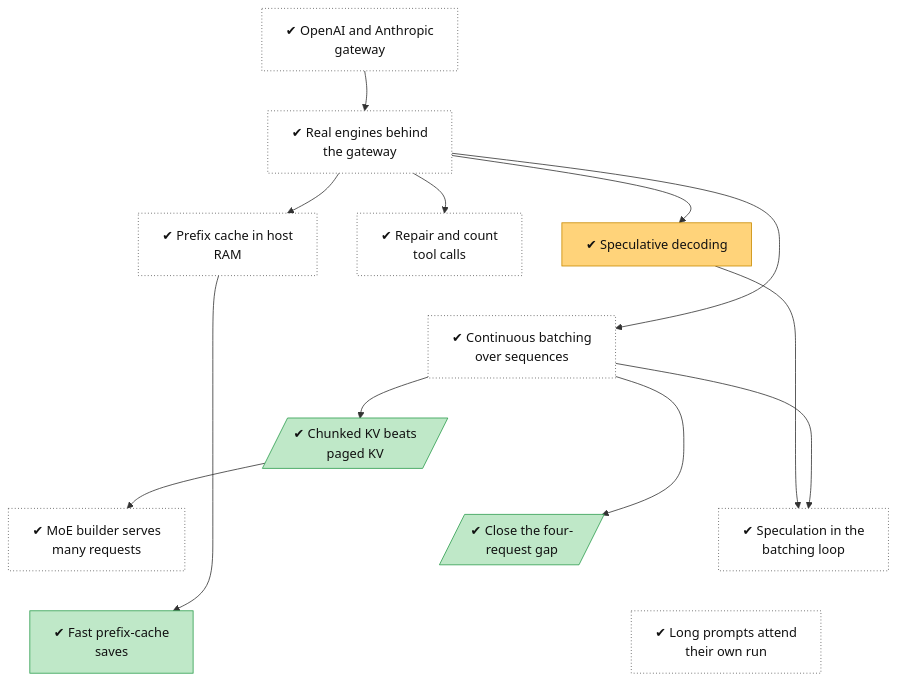
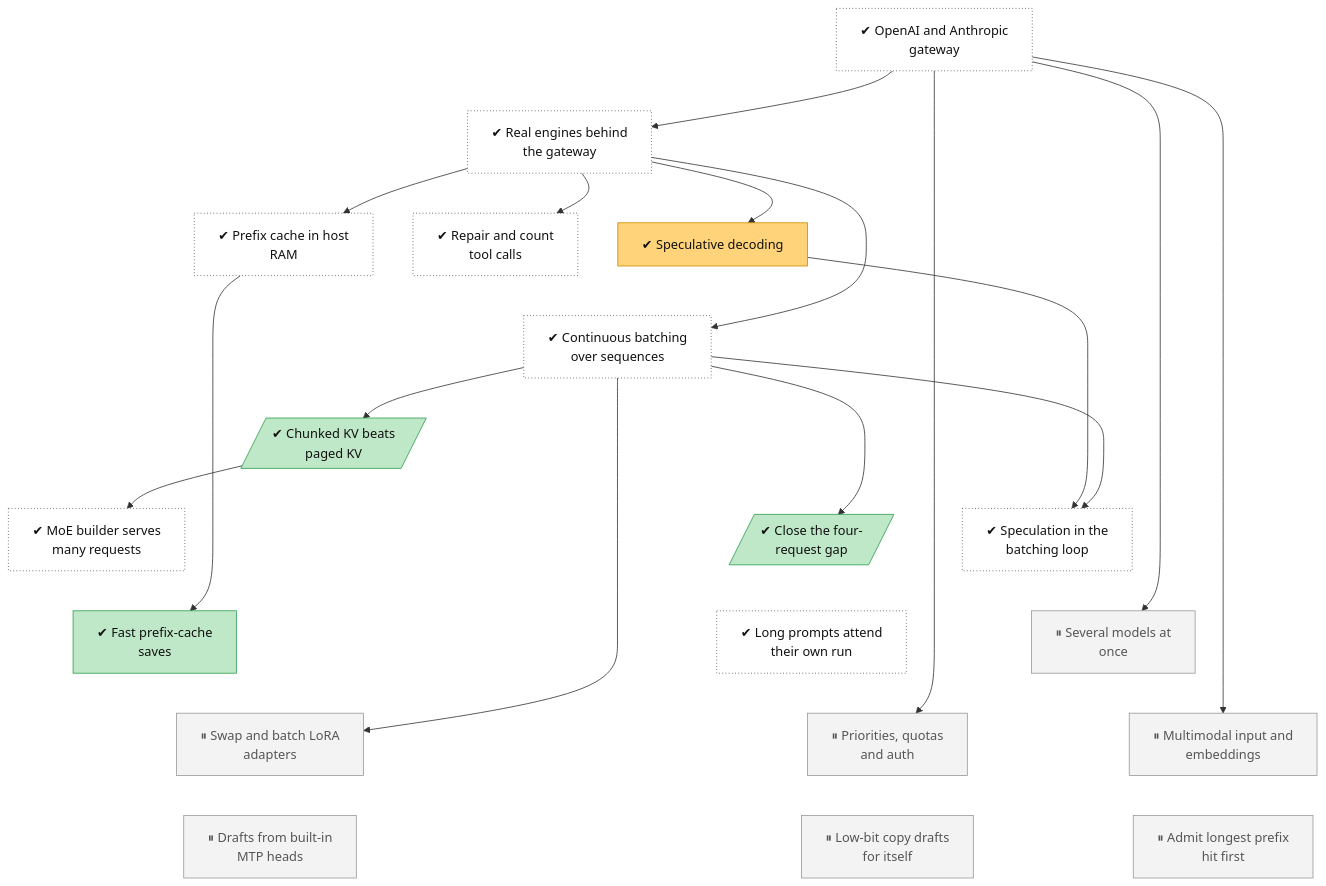
One commit to lhns/tetraeder changed the diagram in docs/roadmap/tracks/serving.md. Above: the diagram before and after it, drawn with Mermaid. The commit also changed other lines of this file and 12 other files, not shown here.

Commit message:
Roadmap: forward nodes for every unbuilt planned item (phases 6 to 9, parked Phase 2 to 5 items, Track B, D1), cluster track, box-later and cluster lanes

````diff
--- a/docs/roadmap/tracks/serving.md
+++ b/docs/roadmap/tracks/serving.md
@@ -10,57 +10,75 @@
 ```mermaid
 flowchart TB
     serving_gateway["✔ OpenAI and Anthropic<br/>gateway"]
     serving_real_engines["✔ Real engines behind<br/>the gateway"]
     serving_prefix_cache["✔ Prefix cache in host<br/>RAM"]
     serving_speculative["✔ Speculative decoding"]
     serving_tool_calls["✔ Repair and count<br/>tool calls"]
     serving_batching["✔ Continuous batching<br/>over sequences"]
     serving_kv_layout[/"✔ Chunked KV beats<br/>paged KV"/]
     serving_moe_batch["✔ MoE builder serves<br/>many requests"]
     serving_c4_gap[/"✔ Close the four-<br/>request gap"/]
     serving_spec_batching["✔ Speculation in the<br/>batching loop"]
     serving_prefix_save["✔ Fast prefix-cache<br/>saves"]
     serving_own_run_attention["✔ Long prompts attend<br/>their own run"]
+    serving_multi_model["⏸ Several models at<br/>once"]
+    serving_multi_lora["⏸ Swap and batch LoRA<br/>adapters"]
+    serving_auth_quotas["⏸ Priorities, quotas<br/>and auth"]
+    serving_multimodal["⏸ Multimodal input and<br/>embeddings"]
+    serving_mtp_drafts["⏸ Drafts from built-in<br/>MTP heads"]
+    serving_self_spec["⏸ Low-bit copy drafts<br/>for itself"]
+    serving_prefix_first["⏸ Admit longest prefix<br/>hit first"]
     serving_gateway ~~~ serving_real_engines
     serving_real_engines ~~~ serving_prefix_cache
     serving_real_engines ~~~ serving_speculative
     serving_real_engines ~~~ serving_tool_calls
     serving_prefix_cache ~~~ serving_batching
     serving_speculative ~~~ serving_batching
     serving_tool_calls ~~~ serving_batching
     serving_batching ~~~ serving_kv_layout
     serving_kv_layout ~~~ serving_moe_batch
     serving_kv_layout ~~~ serving_c4_gap
     serving_kv_layout ~~~ serving_spec_batching
     serving_moe_batch ~~~ serving_prefix_save
     serving_c4_gap ~~~ serving_own_run_attention
-    serving_spec_batching ~~~ serving_own_run_attention
+    serving_spec_batching ~~~ serving_multi_model
+    serving_prefix_save ~~~ serving_multi_lora
+    serving_own_run_attention ~~~ serving_auth_quotas
+    serving_multi_model ~~~ serving_multimodal
+    serving_multi_lora ~~~ serving_mtp_drafts
+    serving_auth_quotas ~~~ serving_self_spec
+    serving_multimodal ~~~ serving_prefix_first
     serving_gateway --> serving_real_engines
     serving_real_engines --> serving_prefix_cache
     serving_real_engines --> serving_speculative
     serving_real_engines --> serving_tool_calls
     serving_real_engines --> serving_batching
     serving_batching --> serving_kv_layout
     serving_kv_layout --> serving_moe_batch
     serving_batching --> serving_c4_gap
     serving_speculative --> serving_spec_batching
     serving_batching --> serving_spec_batching
     serving_prefix_cache --> serving_prefix_save
+    serving_gateway --> serving_multi_model
+    serving_batching --> serving_multi_lora
+    serving_gateway --> serving_auth_quotas
+    serving_gateway --> serving_multimodal
     classDef vsucc fill:#2e9e4f,stroke:#1b6b34,color:#fff
     classDef succ fill:#bfe8c8,stroke:#2e9e4f,color:#111
     classDef mixed fill:#ffd37a,stroke:#c98a00,color:#111
     classDef bad fill:#f28b82,stroke:#b3261e,color:#111
     classDef dead fill:#e6e6e6,stroke:#777,stroke-dasharray:5 5,color:#555
     classDef inprog fill:#a8cdf5,stroke:#1f6fc5,color:#111
     classDef next fill:#fff,stroke:#333,color:#111
     classDef blocked fill:#fff,stroke:#b3261e,stroke-dasharray:2 2,color:#111
     classDef parked fill:#f3f3f3,stroke:#999,color:#555
     classDef unrated fill:#fff,stroke:#333,stroke-dasharray:1 3,color:#111
     classDef gate fill:#d9c2f0,stroke:#7b3fb5,color:#111
     classDef decided fill:#ece0f7,stroke:#7b3fb5,stroke-dasharray:2 2,color:#111
     classDef finding fill:#ffe0b2,stroke:#d84315,stroke-width:2px,color:#111
     classDef waiting fill:#e3f2fd,stroke:#1f6fc5,stroke-dasharray:5 5,color:#111
     class serving_gateway,serving_real_engines,serving_prefix_cache,serving_tool_calls,serving_batching,serving_moe_batch,serving_spec_batching,serving_own_run_attention unrated
     class serving_speculative mixed
     class serving_kv_layout,serving_c4_gap,serving_prefix_save succ
+    class serving_multi_model,serving_multi_lora,serving_auth_quotas,serving_multimodal,serving_mtp_drafts,serving_self_spec,serving_prefix_first parked
 ```
````
